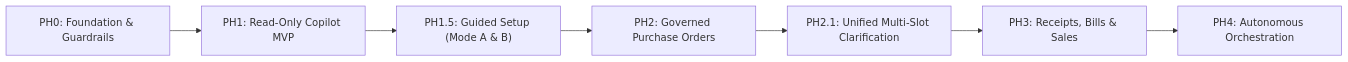
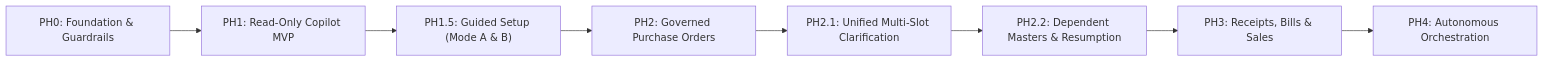
One commit to vigneshsinna/zolo-erp-pro changed the first of 2 diagrams in AGENTS.md. Above: the diagram before and after it, drawn with Mermaid. The commit also changed other lines of this file and 6 other files, not shown here.

````diff
--- a/AGENTS.md
+++ b/AGENTS.md
@@ -189,9 +189,10 @@
 ```mermaid
 flowchart LR
     PH0["PH0: Foundation & Guardrails"] --> PH1["PH1: Read-Only Copilot MVP"]
     PH1 --> PH15["PH1.5: Guided Setup (Mode A & B)"]
     PH15 --> PH2["PH2: Governed Purchase Orders"]
     PH2 --> PH21["PH2.1: Unified Multi-Slot Clarification"]
-    PH21 --> PH3["PH3: Receipts, Bills & Sales"]
+    PH21 --> PH22["PH2.2: Dependent Masters & Resumption"]
+    PH22 --> PH3["PH3: Receipts, Bills & Sales"]
     PH3 --> PH4["PH4: Autonomous Orchestration"]
 ```
````
